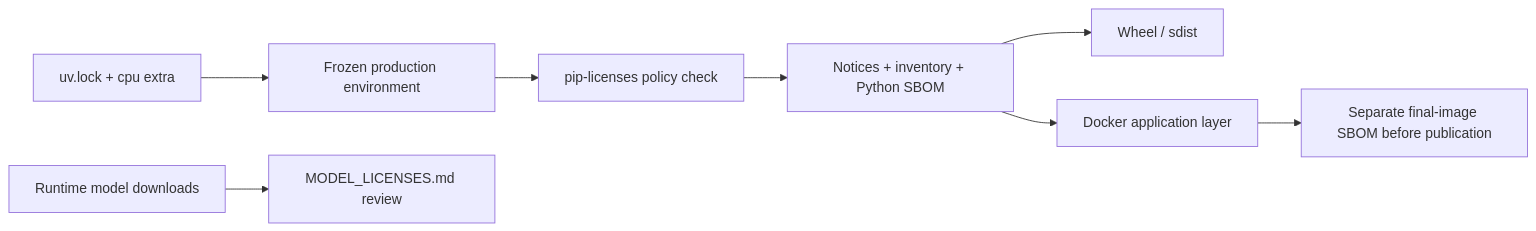
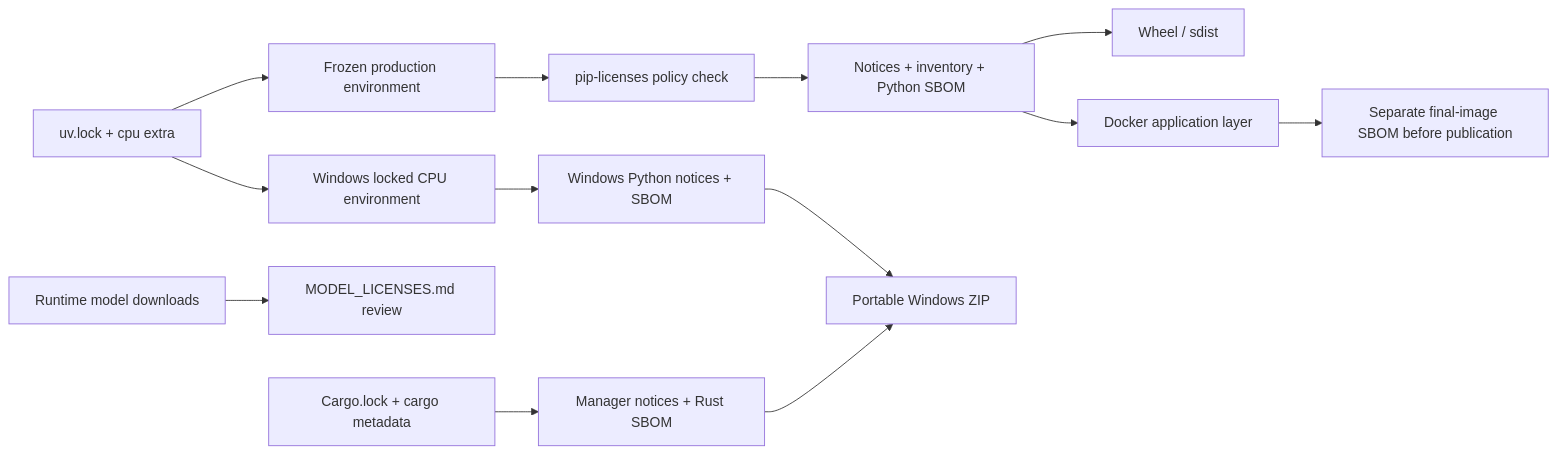
One commit to kwp-lab/nota-asr-server changed the diagram in docs/open-source-compliance.md. Above: the diagram before and after it, drawn with Mermaid. The commit also changed other lines of this file and 56 other files, not shown here.

Commit message:
feat: add portable Windows ASR runtime

````diff
--- a/docs/open-source-compliance.md
+++ b/docs/open-source-compliance.md
@@ -55,10 +73,15 @@
 ```mermaid
 flowchart LR
     L["uv.lock + cpu extra"] --> E["Frozen production environment"]
     E --> P["pip-licenses policy check"]
     P --> N["Notices + inventory + Python SBOM"]
     N --> W["Wheel / sdist"]
     N --> D["Docker application layer"]
     D --> O["Separate final-image SBOM before publication"]
     M["Runtime model downloads"] --> ML["MODEL_LICENSES.md review"]
+    L --> WR["Windows locked CPU environment"]
+    WR --> WN["Windows Python notices + SBOM"]
+    C["Cargo.lock + cargo metadata"] --> RN["Manager notices + Rust SBOM"]
+    WN --> Z["Portable Windows ZIP"]
+    RN --> Z
 ```
````
